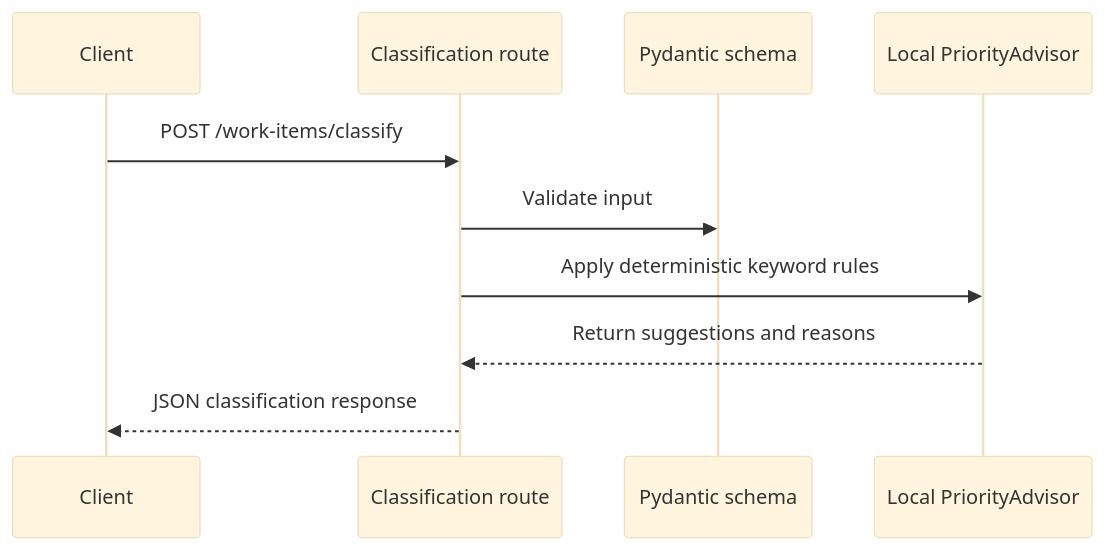
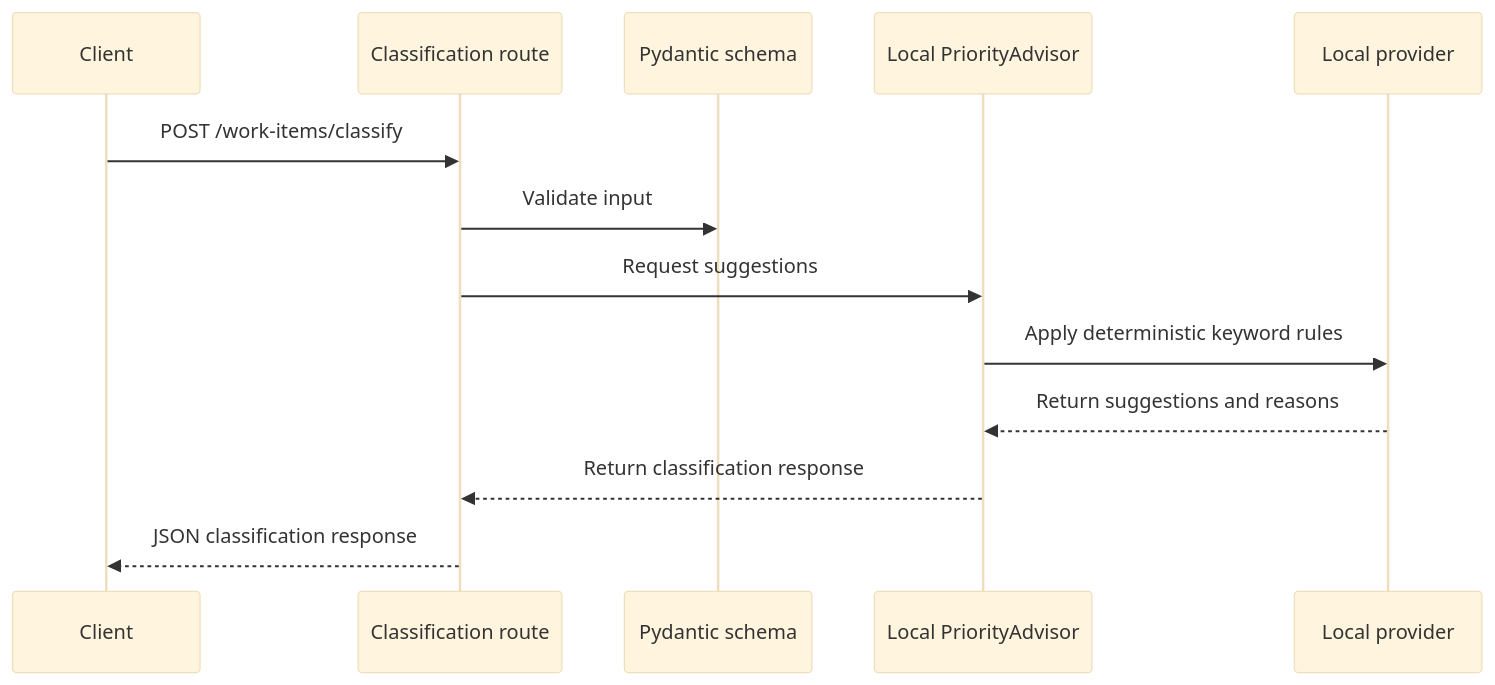
Before and after one commit to andredemari/micro-api-work-items: the third of 3 diagrams in docs/architecture.md, drawn with Mermaid (base theme). The commit also changed other lines of this file and 5 other files, not shown here.

Commit message:
test: add local priority provider coverage

````diff
--- a/docs/architecture.md
+++ b/docs/architecture.md
@@ -68,13 +71,16 @@
 ```mermaid
 sequenceDiagram
     participant Client
     participant API as Classification route
     participant Schema as Pydantic schema
     participant Advisor as Local PriorityAdvisor
+    participant Provider as Local provider
 
     Client->>API: POST /work-items/classify
     API->>Schema: Validate input
-    API->>Advisor: Apply deterministic keyword rules
-    Advisor-->>API: Return suggestions and reasons
+    API->>Advisor: Request suggestions
+    Advisor->>Provider: Apply deterministic keyword rules
+    Provider-->>Advisor: Return suggestions and reasons
+    Advisor-->>API: Return classification response
     API-->>Client: JSON classification response
 ```
````
